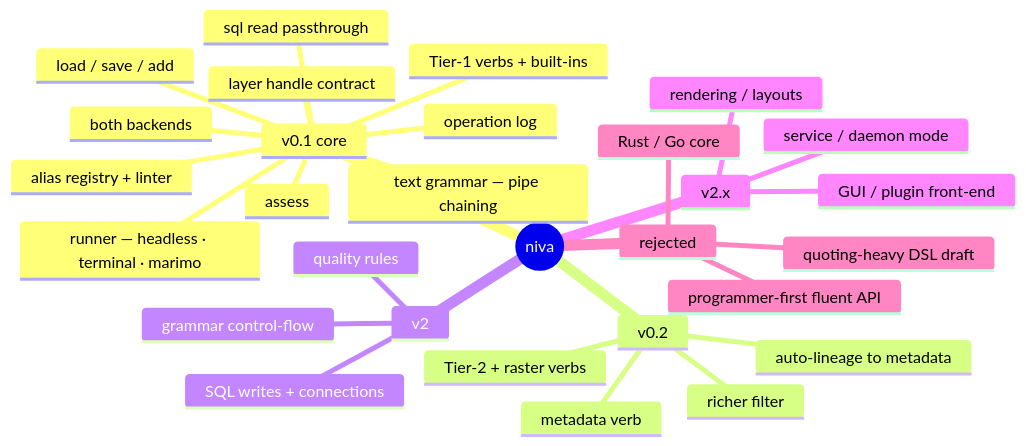
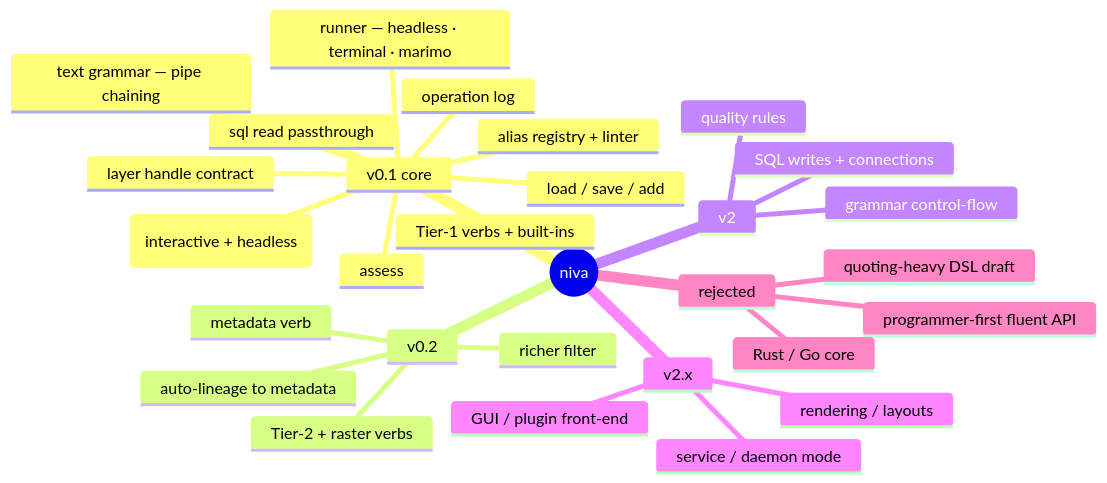
The diagram in planning/05-concepts-captured.md (johnzastrow/niva), drawn with Mermaid before and after one commit. The commit also changed other lines of this file and 6 other files, not shown here.

First line of the commit message:
docs(planning): pin v1 backend to PyQGIS-only

````diff
--- a/planning/05-concepts-captured.md
+++ b/planning/05-concepts-captured.md
@@ -7,32 +7,32 @@
 ```mermaid
 mindmap
   root((niva))
     v0.1 core
       text grammar — pipe chaining
       Tier-1 verbs + built-ins
       load / save / add
       sql read passthrough
-      both backends
+      PyQGIS backend (interactive + headless)
       layer handle contract
       alias registry + linter
       runner — headless · terminal · marimo
       operation log
       assess
     v0.2
       Tier-2 + raster verbs
       auto-lineage to metadata
       metadata verb
       richer filter
     v2
       grammar control-flow
       SQL writes + connections
       quality rules
     v2.x
       GUI / plugin front-end
       service / daemon mode
       rendering / layouts
     rejected
       programmer-first fluent API
       quoting-heavy DSL draft
       Rust / Go core
 ```
````
